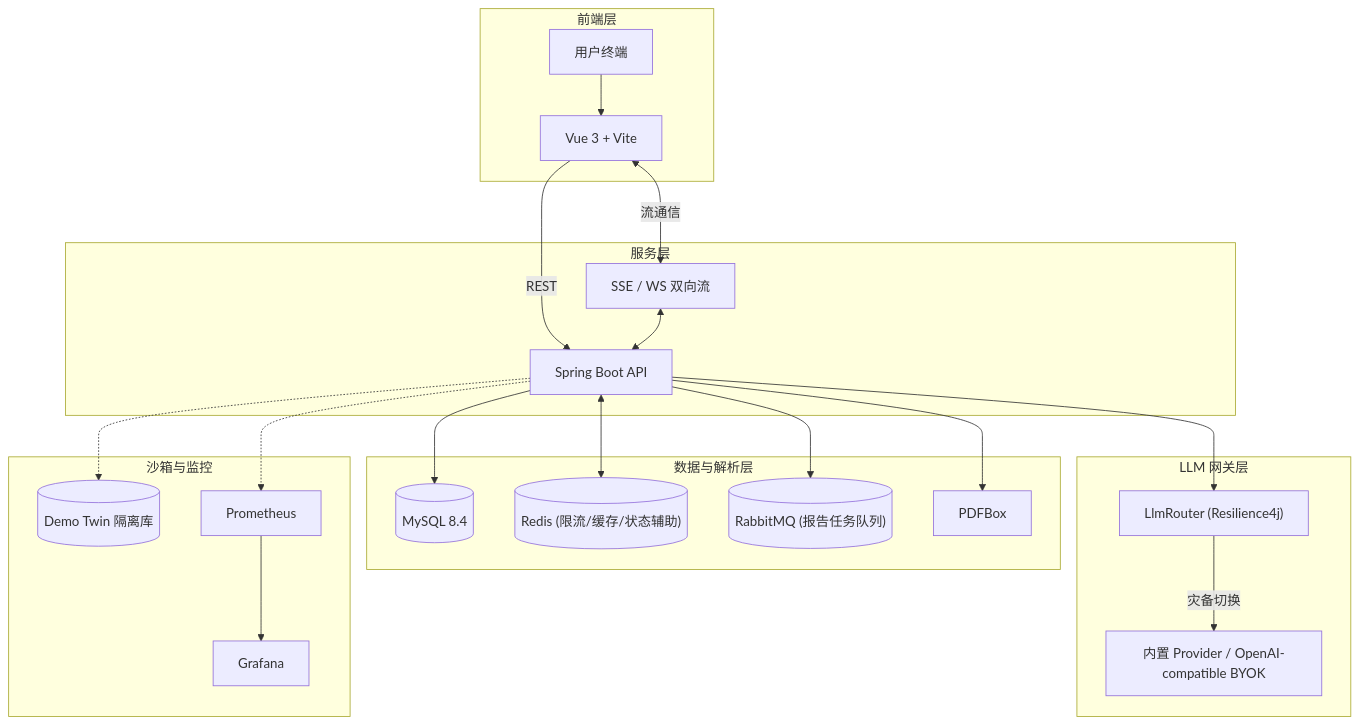
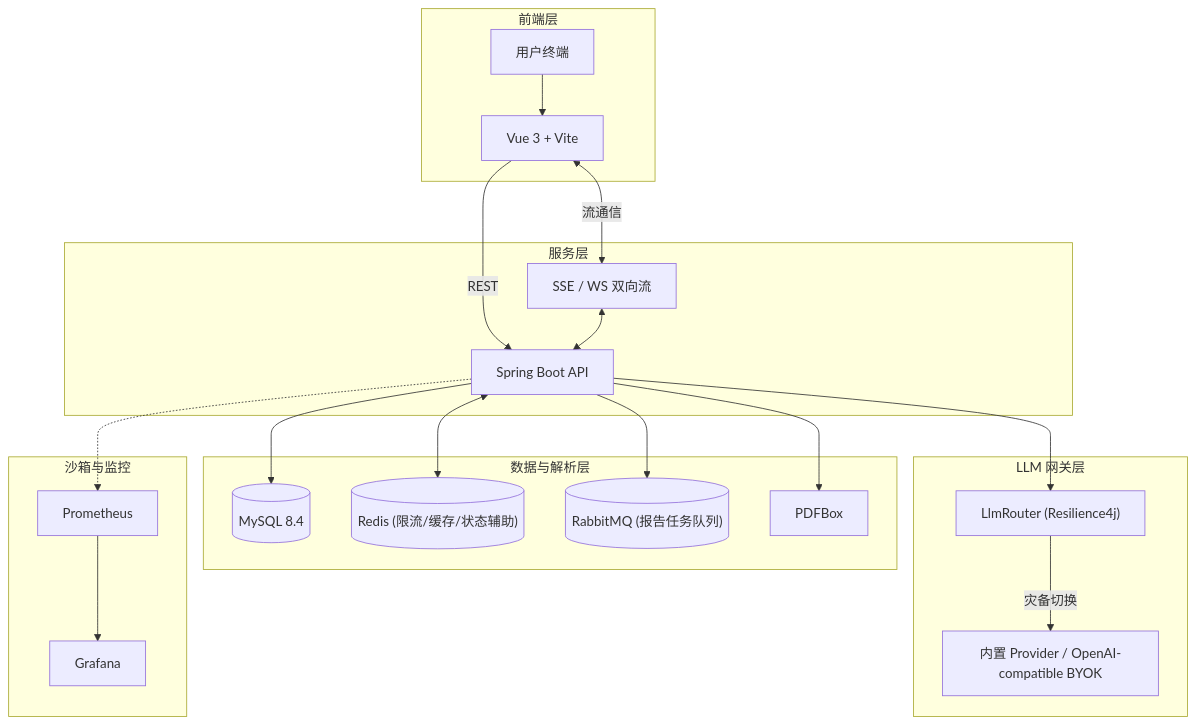
One commit to zyyyyynnn/Prelude changed the diagram in README.md. Above: the diagram before and after it, drawn with Mermaid. The commit also changed other lines of this file and 25 other files, not shown here.

Commit message:
chore(runtime): consolidate to single real runtime, remove demo twin

````diff
--- a/README.md
+++ b/README.md
@@ -27,44 +26,42 @@
 ```mermaid
 flowchart TB
   subgraph Client ["前端层"]
     U["用户终端"] --> FE["Vue 3 + Vite"]
   end
 
   subgraph Server ["服务层"]
     API["Spring Boot API"]
     WS["SSE / WS 双向流"]
   end
 
   subgraph Data ["数据与解析层"]
     DB[("MySQL 8.4")]
     Redis[("Redis (限流/缓存/状态辅助)")]
     RabbitMQ[("RabbitMQ (报告任务队列)")]
     PDF["PDFBox"]
   end
 
   subgraph Gateway ["LLM 网关层"]
     Router["LlmRouter (Resilience4j)"]
     LLM["内置 Provider / OpenAI-compatible BYOK"]
     Router -->|灾备切换| LLM
   end
 
   subgraph Ops ["沙箱与监控"]
-    DemoDB[("Demo Twin 隔离库")]
     Prometheus["Prometheus"]
     Grafana["Grafana"]
     Prometheus --> Grafana
   end
 
   FE -->|REST| API
   FE <-->|流通信| WS
   WS <--> API
 
   API --> DB
   API <--> Redis
   API --> RabbitMQ
   API --> PDF
   API --> Router
 
-  API -.-> DemoDB
   API -.-> Prometheus
 ```
````
